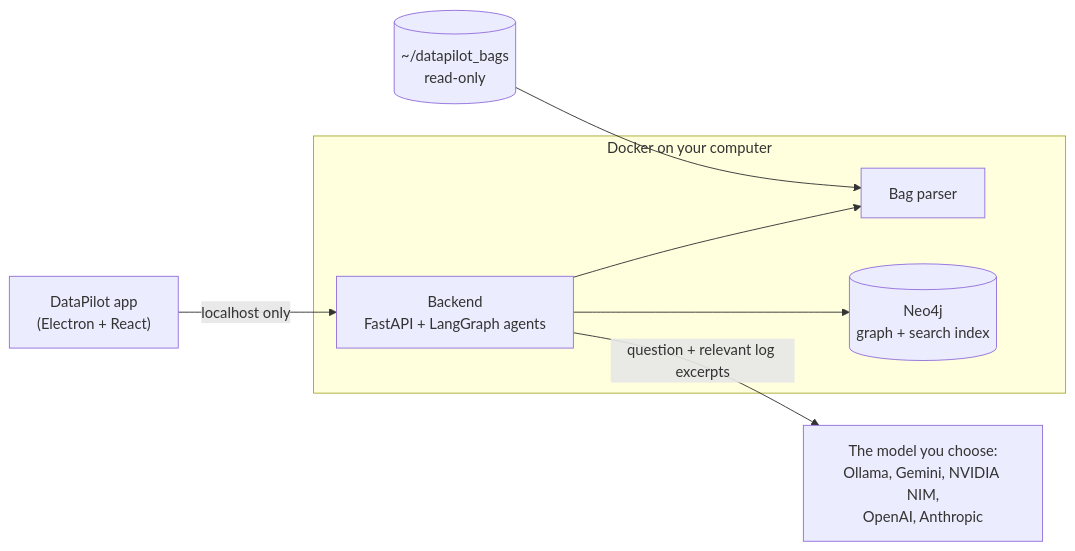
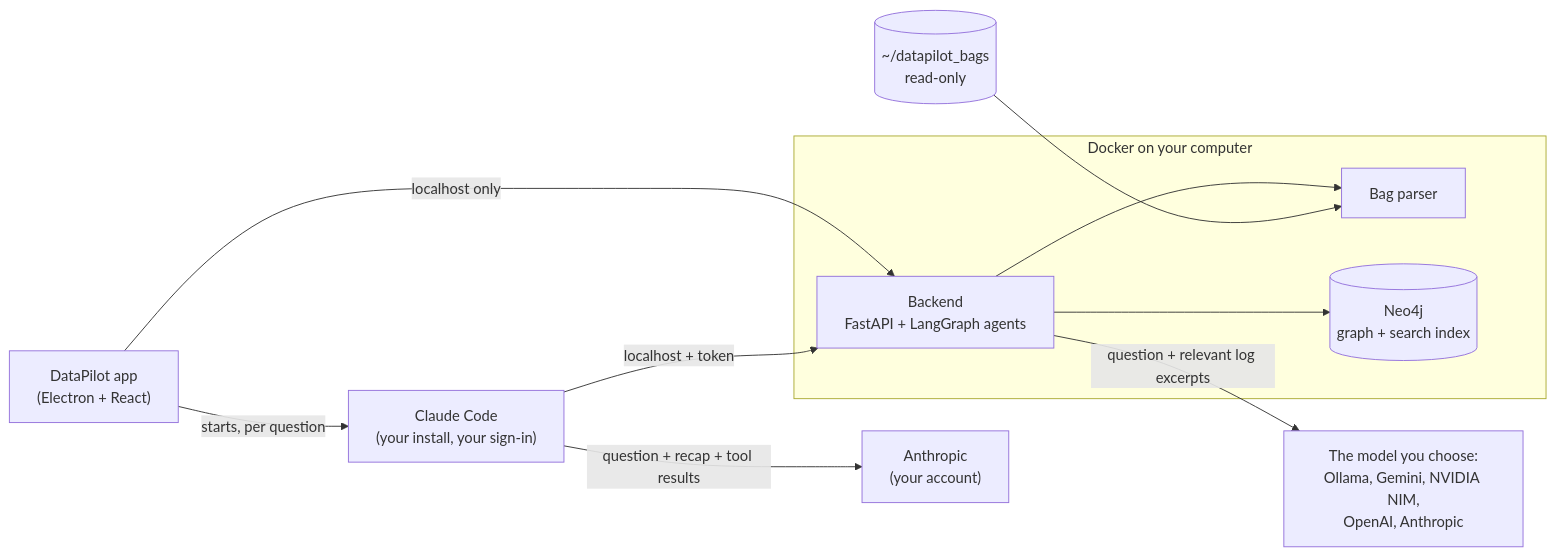
Before and after one commit to bringup-labs/datapilot: the diagram in README.md, drawn with Mermaid. The commit also changed other lines of this file and 104 other files, not shown here.

First line of the commit message:
feat(copilot): answer with the user's own signed-in Claude Code (#106)

````diff
--- a/README.md
+++ b/README.md
@@ -124,13 +128,16 @@
 ```mermaid
 flowchart LR
     App["DataPilot app<br/>(Electron + React)"] -->|localhost only| API
     subgraph Docker["Docker on your computer"]
         API["Backend<br/>FastAPI + LangGraph agents"]
         Parser["Bag parser"]
         Graph[("Neo4j<br/>graph + search index")]
         API --> Parser
         API --> Graph
     end
     Bags[("~/datapilot_bags<br/>read-only")] --> Parser
     API -->|"question + relevant log excerpts"| Model["The model you choose:<br/>Ollama, Gemini, NVIDIA NIM,<br/>OpenAI, Anthropic"]
+    App -->|"starts, per question"| CC["Claude Code<br/>(your install, your sign-in)"]
+    CC -->|"localhost + token"| API
+    CC -->|"question + recap + tool results"| Anthropic["Anthropic<br/>(your account)"]
 ```
````
